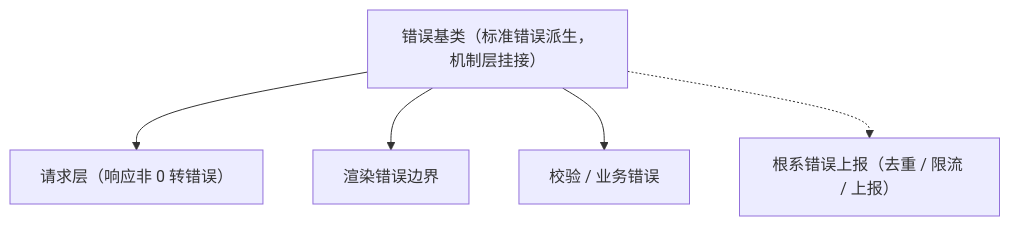
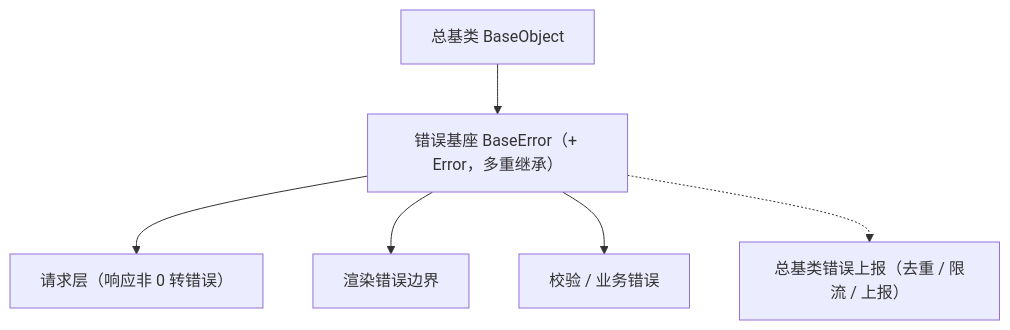
The diagram in bms文档/设计/组件设计/02_基础组件类/01_机制基类/07_组件设计_错误基类/07_组件设计_错误基类.md (minjian123/basic-management-system), drawn with Mermaid before and after one commit. The commit also changed other lines of this file and 126 other files, not shown here.

````diff
--- a/bms文档/设计/组件设计/02_基础组件类/01_机制基类/07_组件设计_错误基类/07_组件设计_错误基类.md
+++ b/bms文档/设计/组件设计/02_基础组件类/01_机制基类/07_组件设计_错误基类/07_组件设计_错误基类.md
@@ -16,8 +16,8 @@
 ```mermaid
 flowchart TD
-    ERR["错误基类（标准错误派生，机制层挂接）"]
+    OBJ["总基类 BaseObject"] --> ERR["错误基座 BaseError（+ Error，多重继承）"]
     ERR --> API["请求层（响应非 0 转错误）"]
     ERR --> BOUND["渲染错误边界"]
     ERR --> FORM["校验 / 业务错误"]
-    ERR -.-> ROOT["根系错误上报（去重 / 限流 / 上报）"]
+    ERR -.-> ROOT["总基类错误上报（去重 / 限流 / 上报）"]
 ```
````
